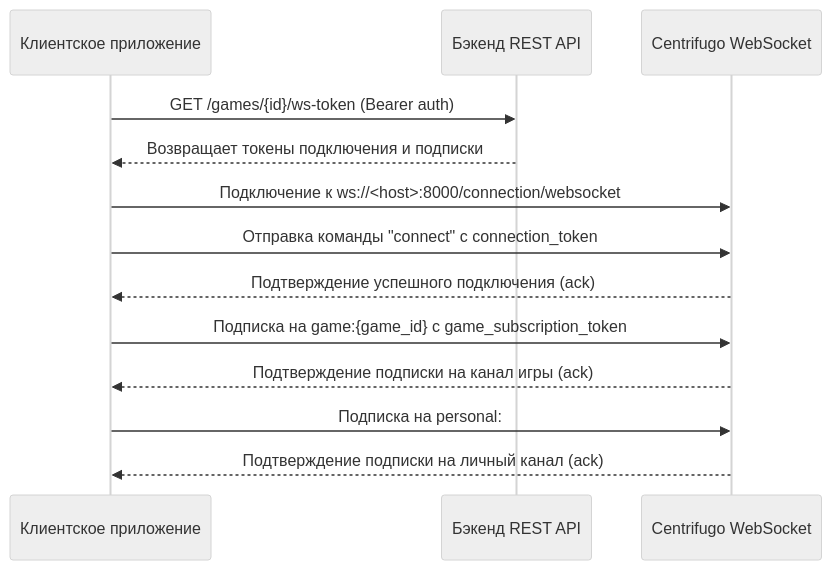
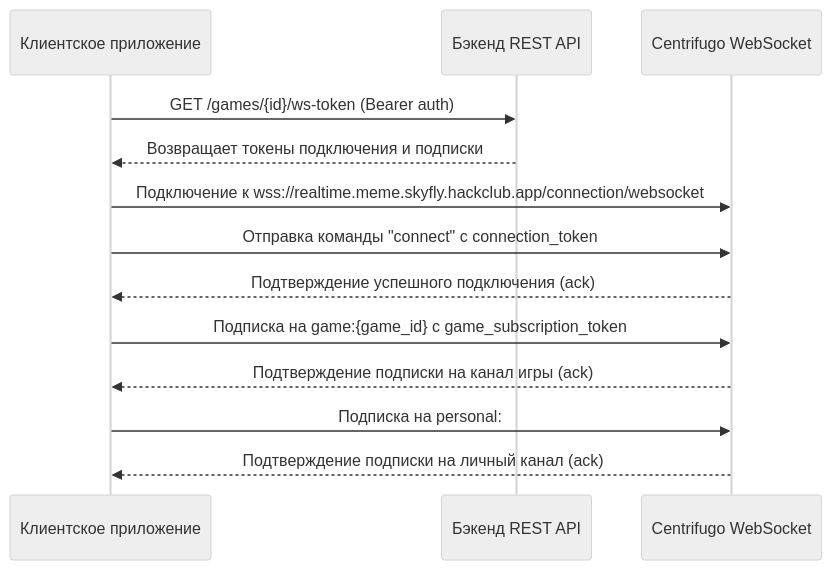
The diagram in docs/websockets_docs_ru.md (TerraSoftwareTeam/meme_battle_backend), drawn with Mermaid (neutral theme) before and after one commit. The commit also changed other lines of this file and 1 other file, not shown here.

````diff
--- a/docs/websockets_docs_ru.md
+++ b/docs/websockets_docs_ru.md
@@ -11,19 +11,19 @@
 ```mermaid
 sequenceDiagram
     participant Client as Клиентское приложение
     participant API as Бэкенд REST API
     participant WS as Centrifugo WebSocket
     
     Client->>API: GET /games/{id}/ws-token (Bearer auth)
     API-->>Client: Возвращает токены подключения и подписки
     
-    Client->>WS: Подключение к ws://<host>:8000/connection/websocket
+    Client->>WS: Подключение к wss://realtime.meme.skyfly.hackclub.app/connection/websocket
     Client->>WS: Отправка команды "connect" с connection_token
     WS-->>Client: Подтверждение успешного подключения (ack)
     
     Client->>WS: Подписка на game:{game_id} с game_subscription_token
     WS-->>Client: Подтверждение подписки на канал игры (ack)
     
     Client->>WS: Подписка на personal:#{user_id} с personal_subscription_token
     WS-->>Client: Подтверждение подписки на личный канал (ack)
 ```
````
